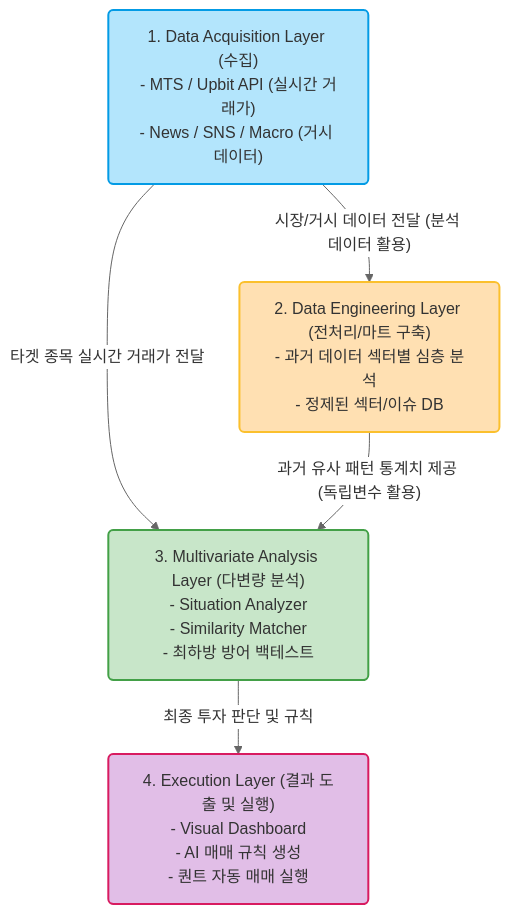
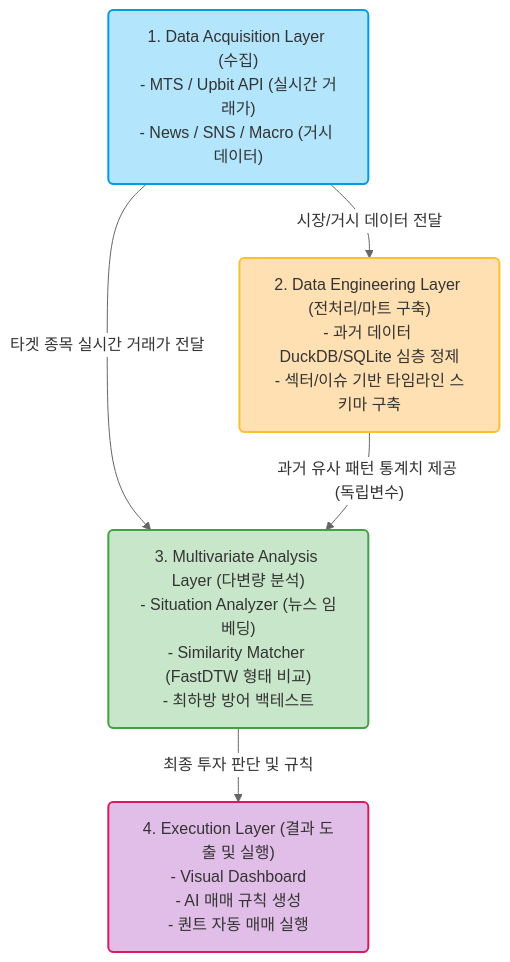
The diagram in quantitative_trading/README.md (tabjun/personal_ai_project), drawn with Mermaid before and after one commit. The commit also changed other lines of this file and 24 other files, not shown here.

````diff
--- a/quantitative_trading/README.md
+++ b/quantitative_trading/README.md
@@ -29,18 +28,18 @@
 ```mermaid
 %%{init: {'theme': 'base', 'themeVariables': { 'primaryColor': '#ffffff', 'primaryBorderColor': '#333333', 'lineColor': '#666666', 'fontFamily': 'sans-serif'}}}%%
 graph TD
     classDef data fill:#b3e5fc,stroke:#039be5,stroke-width:2px,rx:5px,ry:5px;
     classDef proc fill:#ffe0b2,stroke:#fbc02d,stroke-width:2px,rx:5px,ry:5px;
     classDef engine fill:#c8e6c9,stroke:#43a047,stroke-width:2px,rx:5px,ry:5px;
     classDef ui fill:#e1bee7,stroke:#d81b60,stroke-width:2px,rx:5px,ry:5px;
 
     L1["1. Data Acquisition Layer (수집)<br/>- MTS / Upbit API (실시간 거래가)<br/>- News / SNS / Macro (거시 데이터)"]:::data
-    L2["2. Data Engineering Layer (전처리/마트 구축)<br/>- 과거 데이터 섹터별 심층 분석<br/>- 정제된 섹터/이슈 DB"]:::proc
-    L3["3. Multivariate Analysis Layer (다변량 분석)<br/>- Situation Analyzer<br/>- Similarity Matcher<br/>- 최하방 방어 백테스트"]:::engine
+    L2["2. Data Engineering Layer (전처리/마트 구축)<br/>- 과거 데이터 DuckDB/SQLite 심층 정제<br/>- 섹터/이슈 기반 타임라인 스키마 구축"]:::proc
+    L3["3. Multivariate Analysis Layer (다변량 분석)<br/>- Situation Analyzer (뉴스 임베딩)<br/>- Similarity Matcher (FastDTW 형태 비교)<br/>- 최하방 방어 백테스트"]:::engine
     L4["4. Execution Layer (결과 도출 및 실행)<br/>- Visual Dashboard<br/>- AI 매매 규칙 생성<br/>- 퀀트 자동 매매 실행"]:::ui
 
-    L1 -- "시장/거시 데이터 전달 (분석 데이터 활용)" --> L2
+    L1 -- "시장/거시 데이터 전달" --> L2
     L1 -- "타겟 종목 실시간 거래가 전달" --> L3
-    L2 -- "과거 유사 패턴 통계치 제공 (독립변수 활용)" --> L3
+    L2 -- "과거 유사 패턴 통계치 제공 (독립변수)" --> L3
     L3 -- "최종 투자 판단 및 규칙" --> L4
 ```
````
